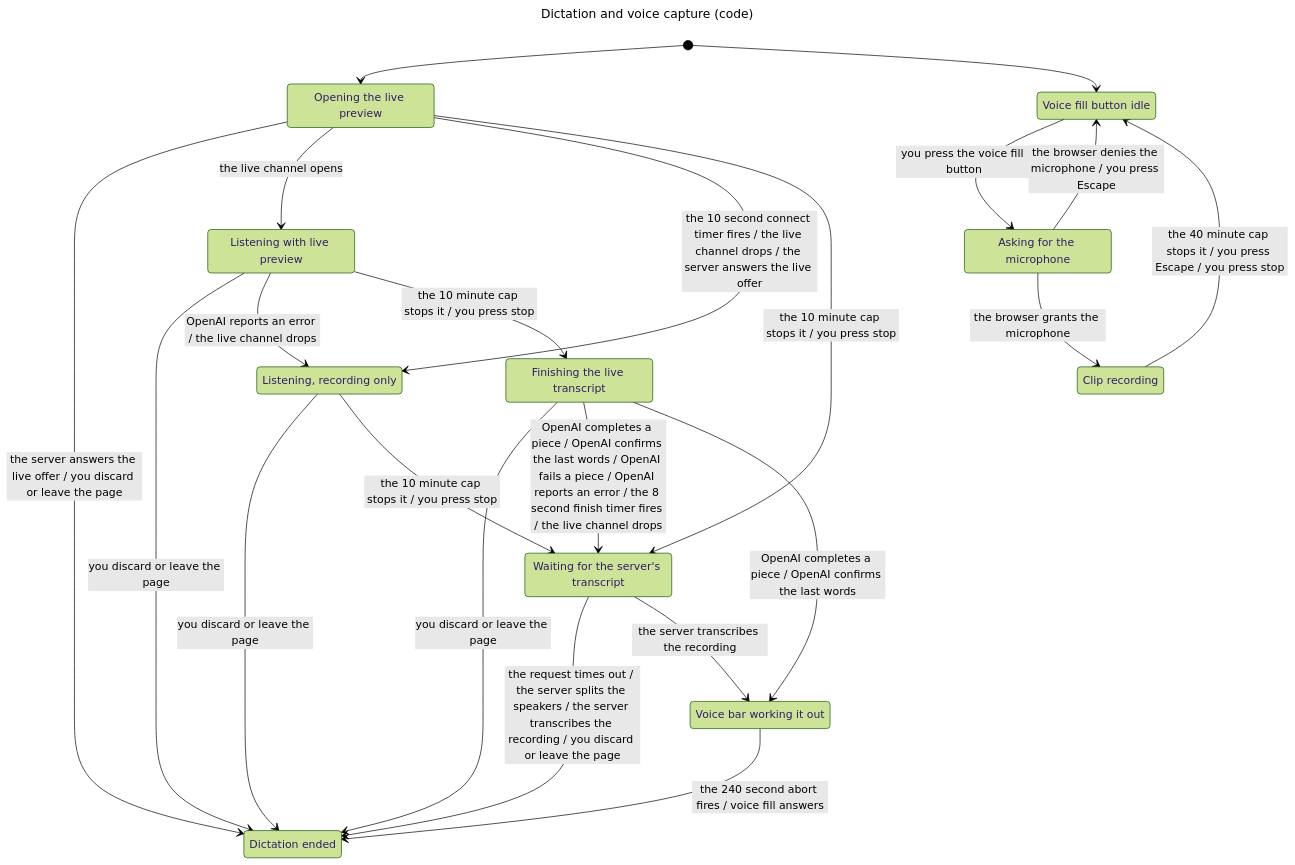
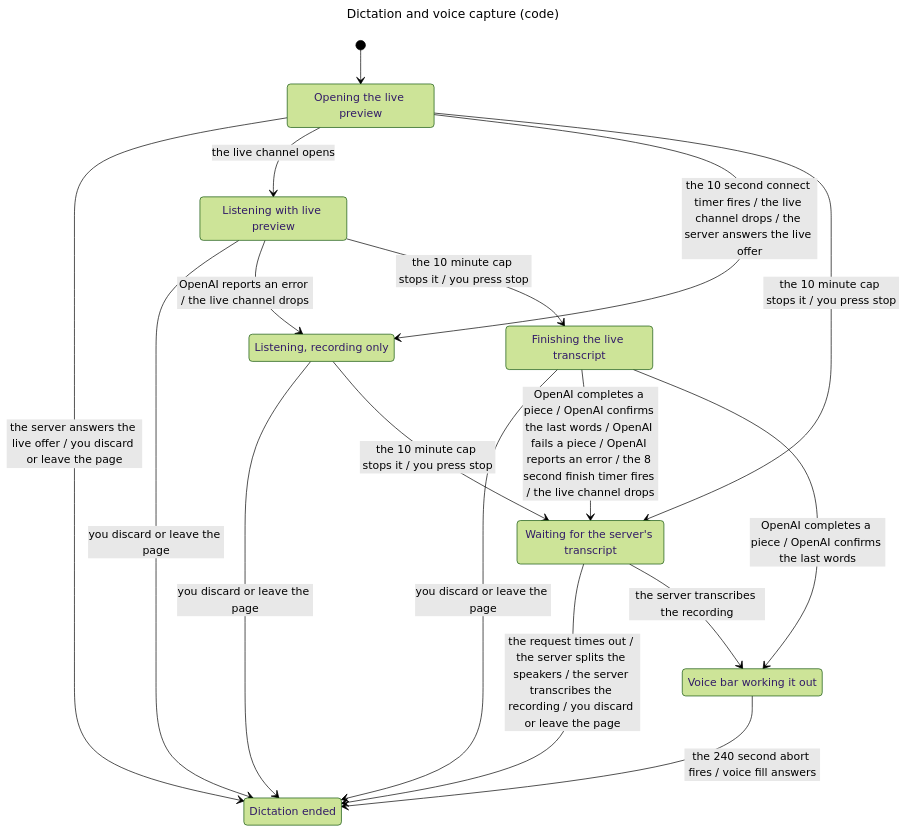
One commit to nareshshah139/Clinic_Management_System changed the diagram in verification/state-machines/dictation/results/code.mmd. Above: the diagram before and after it, drawn with Mermaid (forest theme). The commit also changed 7 other files, not shown here.

First line of the commit message:
docs(formal): drop the voice fill clip surface from the dictation model

```diff
--- a/verification/state-machines/dictation/results/code.mmd
+++ b/verification/state-machines/dictation/results/code.mmd
@@ -1,38 +1,30 @@
 ---
 title: "Dictation and voice capture (code)"
 ---
 stateDiagram-v2
   state "Opening the live preview" as s0
-  state "Voice fill button idle" as s1
-  state "Dictation ended" as s2
-  state "Listening with live preview" as s3
-  state "Listening, recording only" as s4
-  state "Waiting for the server's transcript" as s5
-  state "Asking for the microphone" as s6
-  state "Finishing the live transcript" as s7
-  state "Voice bar working it out" as s8
-  state "Clip recording" as s9
+  state "Dictation ended" as s1
+  state "Listening with live preview" as s2
+  state "Listening, recording only" as s3
+  state "Waiting for the server's transcript" as s4
+  state "Finishing the live transcript" as s5
+  state "Voice bar working it out" as s6
   [*] --> s0
-  [*] --> s1
-  s0 --> s2: the server answers the live offer / you discard or leave the page
-  s0 --> s3: the live channel opens
-  s0 --> s4: the 10 second connect timer fires / the live channel drops / the server answers the live offer
-  s0 --> s5: the 10 minute cap stops it / you press stop
-  s1 --> s6: you press the voice fill button
-  s3 --> s2: you discard or leave the page
-  s3 --> s4: OpenAI reports an error / the live channel drops
-  s3 --> s7: the 10 minute cap stops it / you press stop
-  s4 --> s2: you discard or leave the page
-  s4 --> s5: the 10 minute cap stops it / you press stop
-  s5 --> s2: the request times out / the server splits the speakers / the server transcribes the recording / you discard or leave the page
-  s5 --> s8: the server transcribes the recording
-  s6 --> s1: the browser denies the microphone / you press Escape
-  s6 --> s9: the browser grants the microphone
-  s7 --> s2: you discard or leave the page
-  s7 --> s5: OpenAI completes a piece / OpenAI confirms the last words / OpenAI fails a piece / OpenAI reports an error / the 8 second finish timer fires / the live channel drops
-  s7 --> s8: OpenAI completes a piece / OpenAI confirms the last words
-  s8 --> s2: the 240 second abort fires / voice fill answers
-  s9 --> s1: the 40 minute cap stops it / you press Escape / you press stop
+  s0 --> s1: the server answers the live offer / you discard or leave the page
+  s0 --> s2: the live channel opens
+  s0 --> s3: the 10 second connect timer fires / the live channel drops / the server answers the live offer
+  s0 --> s4: the 10 minute cap stops it / you press stop
+  s2 --> s1: you discard or leave the page
+  s2 --> s3: OpenAI reports an error / the live channel drops
+  s2 --> s5: the 10 minute cap stops it / you press stop
+  s3 --> s1: you discard or leave the page
+  s3 --> s4: the 10 minute cap stops it / you press stop
+  s4 --> s1: the request times out / the server splits the speakers / the server transcribes the recording / you discard or leave the page
+  s4 --> s6: the server transcribes the recording
+  s5 --> s1: you discard or leave the page
+  s5 --> s4: OpenAI completes a piece / OpenAI confirms the last words / OpenAI fails a piece / OpenAI reports an error / the 8 second finish timer fires / the live channel drops
+  s5 --> s6: OpenAI completes a piece / OpenAI confirms the last words
+  s6 --> s1: the 240 second abort fires / voice fill answers
   classDef breaks fill:#fde2dd,stroke:#b3261e,stroke-width:2px
   classDef stuck fill:#fdf0d5,stroke:#a35a05,stroke-width:2px,stroke-dasharray:5 3
   classDef breaksAndStuck fill:#fde2dd,stroke:#a35a05,stroke-width:2px,stroke-dasharray:5 3
```
